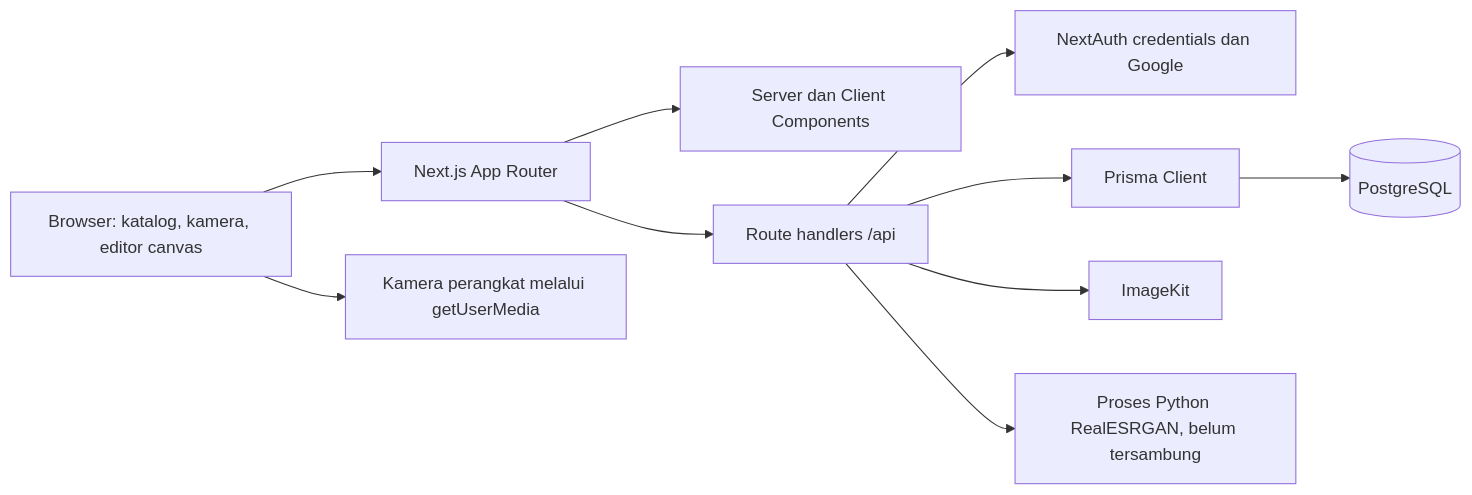
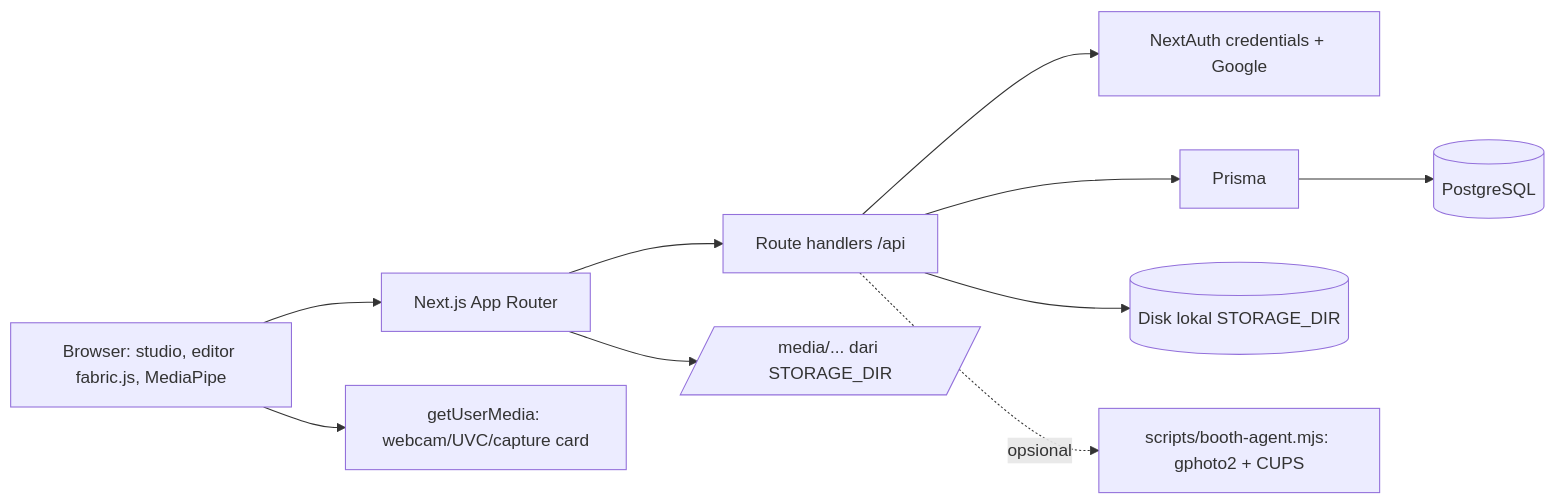
Before and after one commit to Palguna1121/pbox: the first of 2 diagrams in docs/ARCHITECTURE.md, drawn with Mermaid. The commit also changed other lines of this file and 174 other files, not shown here.

````diff
--- a/docs/ARCHITECTURE.md
+++ b/docs/ARCHITECTURE.md
@@ -7,12 +7,11 @@
 ```mermaid
 flowchart LR
-  Browser[Browser: katalog, kamera, editor canvas] --> Next[Next.js App Router]
-  Next --> Pages[Server dan Client Components]
+  Browser[Browser: studio, editor fabric.js, MediaPipe] --> Next[Next.js App Router]
   Next --> API[Route handlers /api]
-  API --> Auth[NextAuth credentials dan Google]
-  API --> Prisma[Prisma Client]
-  Prisma --> PG[(PostgreSQL)]
-  API --> ImageKit[ImageKit]
-  Browser --> Camera[Kamera perangkat melalui getUserMedia]
-  API --> Python[Proses Python RealESRGAN, belum tersambung]
+  Next --> Media[/media/... dari STORAGE_DIR/]
+  API --> Auth[NextAuth credentials + Google]
+  API --> Prisma[Prisma] --> PG[(PostgreSQL)]
+  API --> Disk[(Disk lokal STORAGE_DIR)]
+  Browser --> Cam[getUserMedia: webcam/UVC/capture card]
+  API -. opsional .-> Agent[scripts/booth-agent.mjs: gphoto2 + CUPS]
 ```
````
